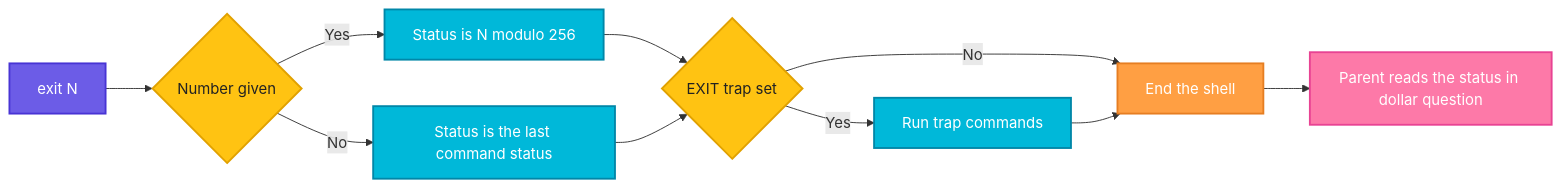
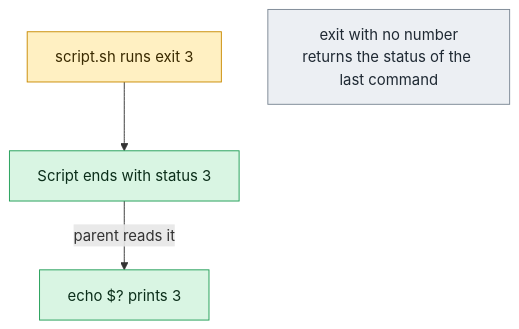
The diagram in linux/shell-basics/exit.md (codeKerdosTech/DevOps-Documentation), drawn with Mermaid before and after one commit. The commit also changed other lines of this file and 165 other files, not shown here.

Commit message:
updated diagrams in linux

````diff
--- a/linux/shell-basics/exit.md
+++ b/linux/shell-basics/exit.md
@@ -15,24 +15,13 @@
 ```mermaid
-flowchart LR
-    A[exit N] --> B{Number given}
-    B -->|Yes| C[Status is N modulo 256]
-    B -->|No| D[Status is the last command status]
-    C --> E{EXIT trap set}
-    D --> E
-    E -->|Yes| F[Run trap commands]
-    E -->|No| G[End the shell]
-    F --> G
-    G --> H[Parent reads the status in dollar question]
-    classDef start fill:#6C5CE7,stroke:#4834D4,stroke-width:2px,color:#fff
-    classDef proc fill:#00B8D9,stroke:#0087A8,stroke-width:2px,color:#fff
-    classDef dec fill:#FFC312,stroke:#E1A100,stroke-width:2px,color:#222
-    classDef ok fill:#2ECC71,stroke:#1E8449,stroke-width:2px,color:#fff
-    classDef err fill:#FF4757,stroke:#C0392B,stroke-width:2px,color:#fff
-    classDef out fill:#FD79A8,stroke:#E84393,stroke-width:2px,color:#fff
-    classDef alt fill:#FF9F43,stroke:#E67E22,stroke-width:2px,color:#fff
-    class A start
-    class B,E dec
-    class C,D,F proc
-    class G alt
-    class H out
+flowchart TD
+    c1[script.sh runs exit 3] --> o1[Script ends with status 3] -->|parent reads it| o2[echo $? prints 3]
+    n1[exit with no number<br/>returns the status of the last command]
+    classDef inp fill:#DCEBFF,stroke:#2F6FDE,color:#10213F
+    classDef cmd fill:#FFF0C2,stroke:#C98A00,color:#3A2A00
+    classDef out fill:#D9F5E3,stroke:#1F9D55,color:#0B2E1A
+    classDef bad fill:#FDE0E0,stroke:#D13B3B,color:#4A0F0F
+    classDef note fill:#ECEFF3,stroke:#7B8794,color:#1F2933
+    class c1 cmd
+    class o1,o2 out
+    class n1 note
 ```
````
